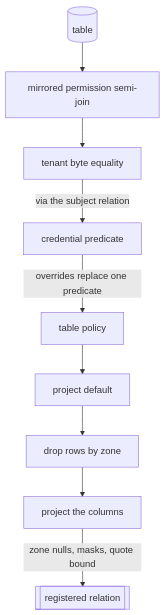
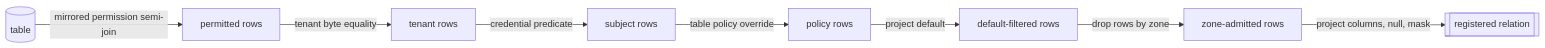
One commit to fractalboxdev/contextful changed the fourth of 4 diagrams in spec/51-enforcement.md. Above: the diagram before and after it, drawn with Mermaid. The commit also changed other lines of this file and 31 other files, not shown here.

First line of the commit message:
spec: every diagram draws things as nodes and what flows as labelled edges

````diff
--- a/spec/51-enforcement.md
+++ b/spec/51-enforcement.md
@@ -358,11 +361,10 @@
 ```mermaid
-flowchart TD
-  T[(table)] --> M[mirrored permission semi-join]
-  M --> TEN[tenant byte equality]
-  TEN -- "via the subject relation" --> RP[credential predicate]
-  RP -- "overrides replace one predicate" --> TP[table policy]
-  TP --> DEF[project default]
-  DEF --> ZONE[drop rows by zone]
-  ZONE --> PROJ[project the columns]
-  PROJ -- "zone nulls, masks, quote bound" --> V[[registered relation]]
+flowchart LR
+  T[("table")] -- "mirrored permission semi-join" --> M["permitted rows"]
+  M -- "tenant byte equality" --> TEN["tenant rows"]
+  TEN -- "credential predicate" --> RP["subject rows"]
+  RP -- "table policy override" --> TP["policy rows"]
+  TP -- "project default" --> DEF["default-filtered rows"]
+  DEF -- "drop rows by zone" --> ZR["zone-admitted rows"]
+  ZR -- "project columns, null, mask" --> V[["registered relation"]]
 ```
````
